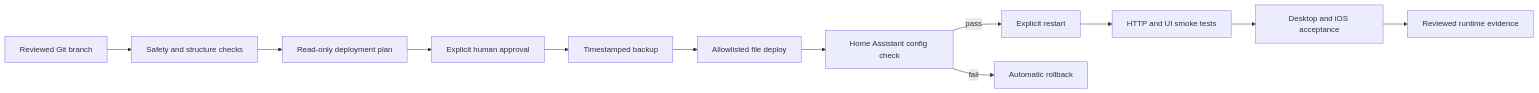
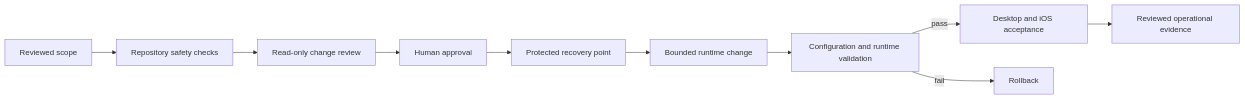
The diagram in README.md (Charles-drZ/raspberry-home-showcase), drawn with Mermaid before and after one commit. The commit also changed other lines of this file, not shown here.

Commit message:
docs: tighten Raspberry Home public boundary

````diff
--- a/README.md
+++ b/README.md
@@ -54,14 +52,12 @@
 ```mermaid
 flowchart LR
-    DEV[Reviewed Git branch] --> CI[Safety and structure checks]
-    CI --> PLAN[Read-only deployment plan]
-    PLAN --> APPROVAL[Explicit human approval]
-    APPROVAL --> BACKUP[Timestamped backup]
-    BACKUP --> APPLY[Allowlisted file deploy]
-    APPLY --> CHECK[Home Assistant config check]
-    CHECK -->|pass| RESTART[Explicit restart]
-    CHECK -->|fail| ROLLBACK[Automatic rollback]
-    RESTART --> SMOKE[HTTP and UI smoke tests]
-    SMOKE --> ACCEPT[Desktop and iOS acceptance]
-    ACCEPT --> MEMORY[Reviewed runtime evidence]
+    SCOPE[Reviewed scope] --> CHECKS[Repository safety checks]
+    CHECKS --> PLAN[Read-only change review]
+    PLAN --> APPROVAL[Human approval]
+    APPROVAL --> BACKUP[Protected recovery point]
+    BACKUP --> CHANGE[Bounded runtime change]
+    CHANGE --> VALIDATE[Configuration and runtime validation]
+    VALIDATE -->|pass| ACCEPT[Desktop and iOS acceptance]
+    VALIDATE -->|fail| RECOVER[Rollback]
+    ACCEPT --> MEMORY[Reviewed operational evidence]
 ```
````
